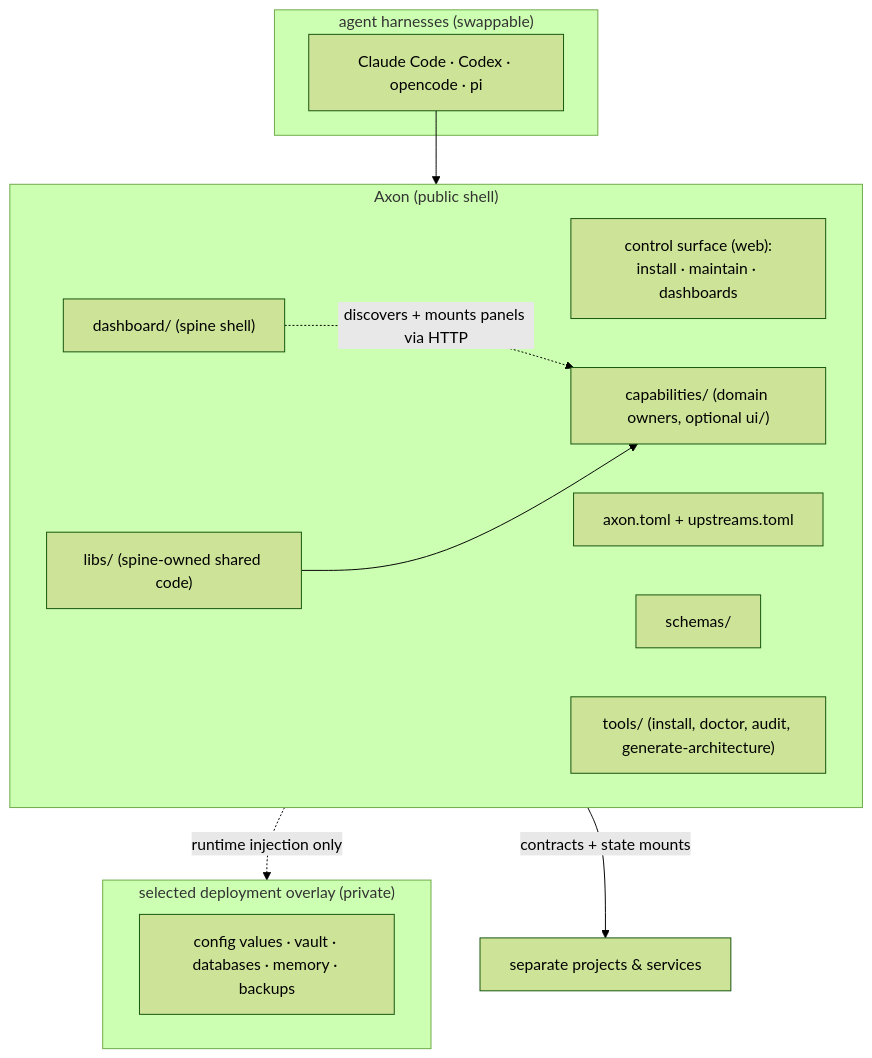
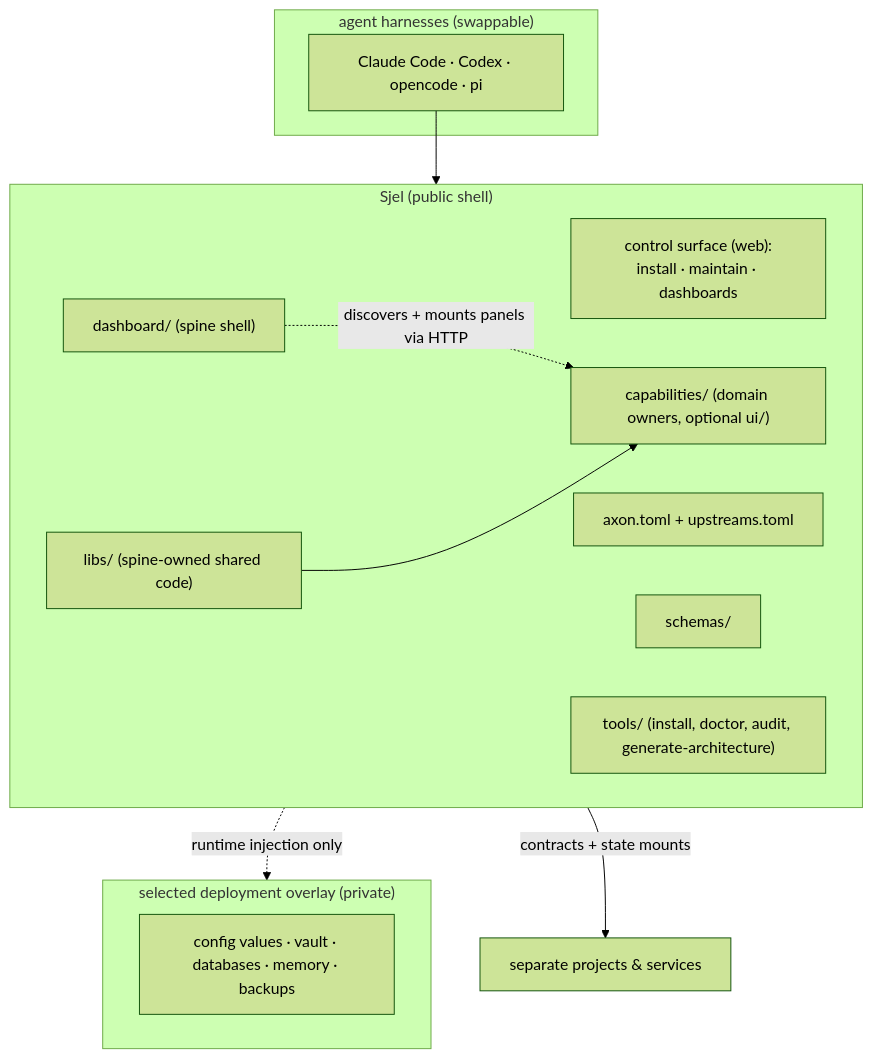
The diagram in CONTRIBUTING.md (larsboes/Sjel), drawn with Mermaid (forest theme) before and after one commit. The commit also changed other lines of this file and 12 other files, not shown here.

````diff
--- a/CONTRIBUTING.md
+++ b/CONTRIBUTING.md
@@ -974,23 +993,23 @@
 ```mermaid
 flowchart TB
     subgraph HARNESS["agent harnesses (swappable)"]
         H["Claude Code · Codex · opencode · pi"]
     end
-    subgraph AXON["Axon (public shell)"]
+    subgraph AXON["Sjel (public shell)"]
         C["control surface (web):<br/>install · maintain · dashboards"]
         M["axon.toml + upstreams.toml"]
         S["schemas/"]
         T["tools/ (install, doctor, audit, generate-architecture)"]
         CAP["capabilities/ (domain owners, optional ui/)"]
         D["dashboard/ (spine shell)"]
         L["libs/ (spine-owned shared code)"]
         D -.->|discovers + mounts panels via HTTP| CAP
         L --> CAP
     end
     subgraph OVERLAY["selected deployment overlay (private)"]
         P["config values · vault · databases · memory · backups"]
     end
     H --> AXON
     AXON -.->|runtime injection only| OVERLAY
     AXON -->|contracts + state mounts| EXT["separate projects & services"]
 ```
````
